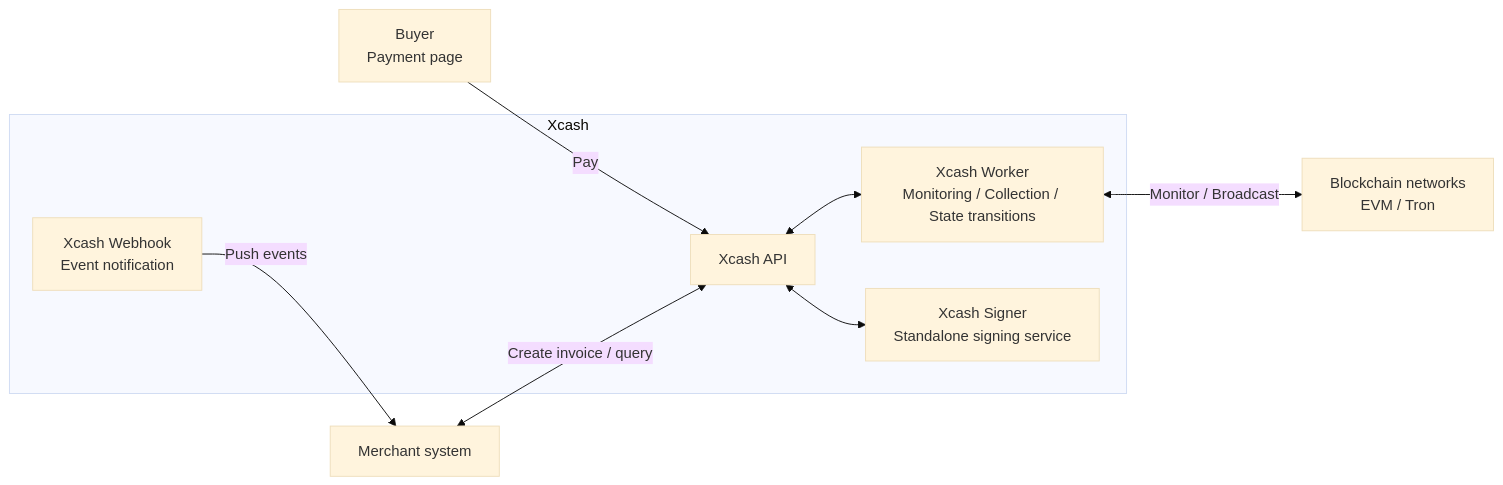
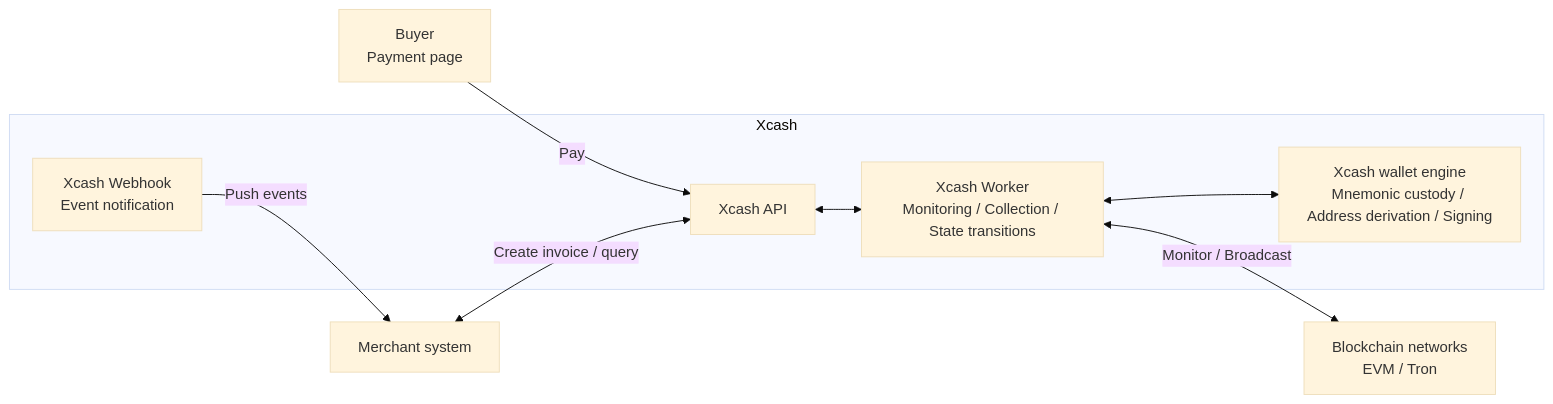
One commit to xca-sh/xcash changed the diagram in README.en.md. Above: the diagram before and after it, drawn with Mermaid (base theme). The commit also changed other lines of this file and 79 other files, not shown here.

````diff
--- a/README.en.md
+++ b/README.en.md
@@ -100,21 +100,21 @@
 ```mermaid
 graph LR
     Buyer["Buyer<br/>Payment page"]
     Merchant["Merchant system"]
 
     subgraph Xcash
         API["Xcash API"]
         Worker["Xcash Worker<br/>Monitoring / Collection / State transitions"]
-        Signer["Xcash Signer<br/>Standalone signing service"]
+        Wallet["Xcash wallet engine<br/>Mnemonic custody / Address derivation / Signing"]
         Webhook["Xcash Webhook<br/>Event notification"]
     end
 
     Blockchain["Blockchain networks<br/>EVM / Tron"]
 
     Buyer -->|Pay| API
     Merchant <-->|Create invoice / query| API
     API <--> Worker
-    API <--> Signer
+    Worker <--> Wallet
     Worker <-->|Monitor / Broadcast| Blockchain
     Webhook -->|Push events| Merchant
 ```
````
